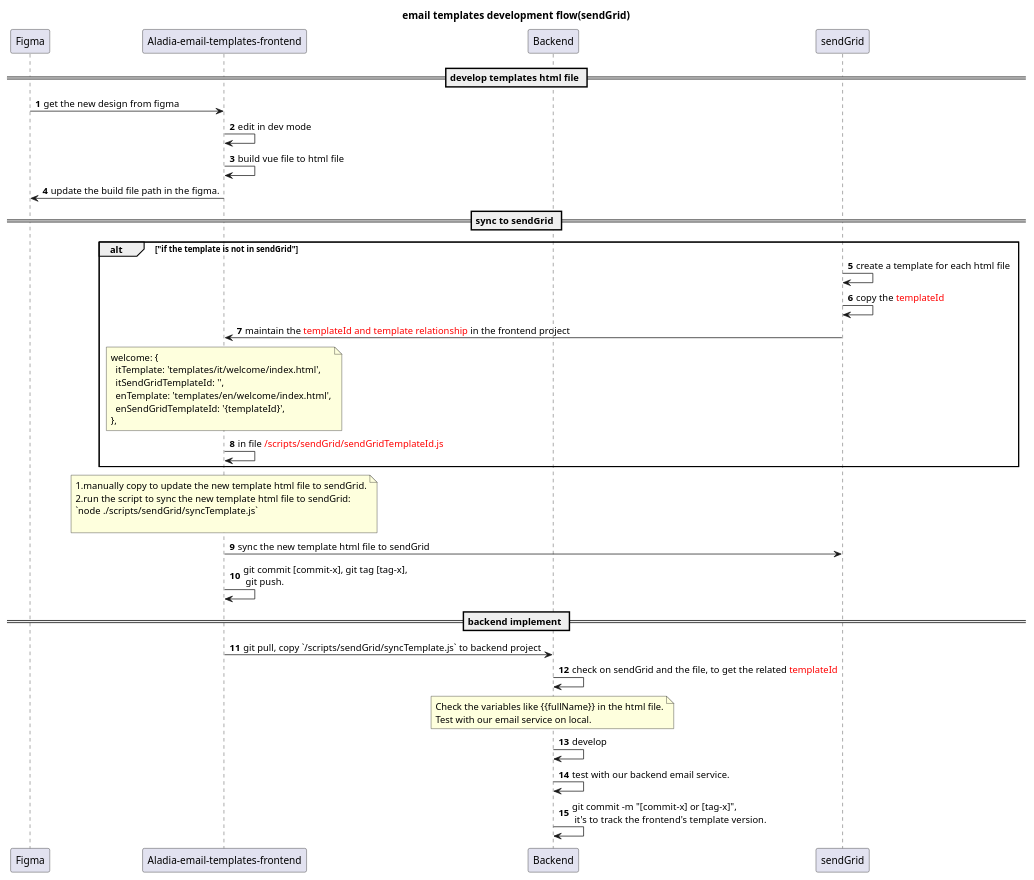
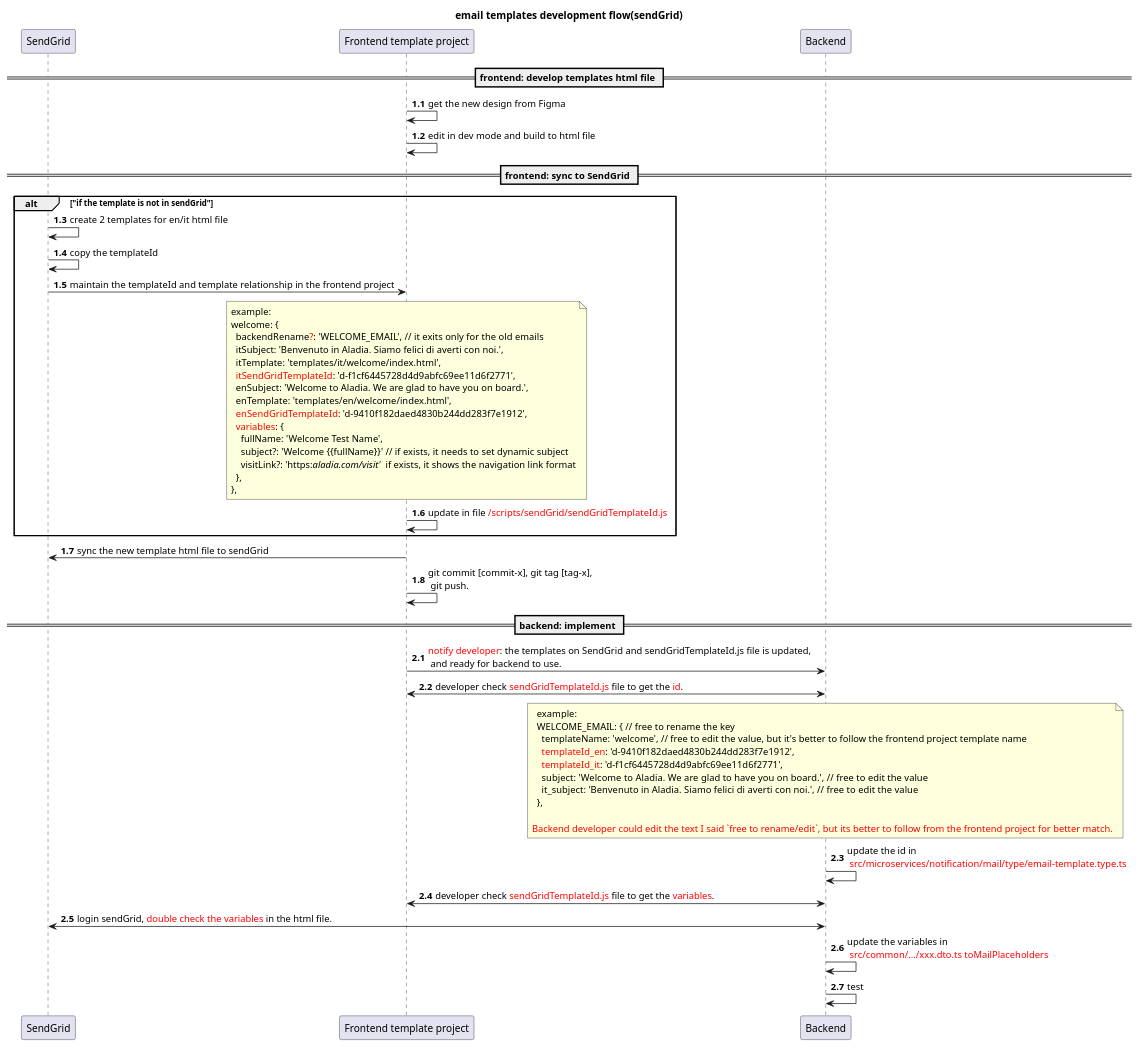
The diagram in src/aladia/aladia-email-templates-new.wsd (chase-si/umlDesigns), drawn with PlantUML before and after one commit. The commit also changed 4 other files, not shown here.

Commit message:
[feat]new template flow;google tag;invitation-link

```diff
--- a/src/aladia/aladia-email-templates-new.wsd
+++ b/src/aladia/aladia-email-templates-new.wsd
@@ -1,54 +1,63 @@
 @startuml
 title "email templates development flow(sendGrid)"
 
-participant "Figma" as Design
-participant "Aladia-email-templates-frontend" as Frontend
+participant SendGrid
+participant "Frontend template project" as Frontend
 participant Backend
 
+autonumber 1.1
+== frontend: develop templates html file ==
+Frontend -> Frontend: get the new design from Figma
+Frontend -> Frontend: edit in dev mode and build to html file
 
-participant sendGrid
-
-autonumber
-== develop templates html file ==
-Frontend <- Design: get the new design from figma
-Frontend -> Frontend: edit in dev mode
-Frontend -> Frontend: build vue file to html file
-Frontend -> Design: update the build file path in the figma.
-
-== sync to sendGrid ==
+== frontend: sync to SendGrid ==
 alt "if the template is not in sendGrid"
-  sendGrid -> sendGrid: create a template for each html file
-  sendGrid -> sendGrid: copy the <color red>templateId</color>
-  sendGrid -> Frontend: maintain the <color red>templateId and template relationship</color> in the frontend project
+  SendGrid -> SendGrid: create 2 templates for en/it html file
+  SendGrid -> SendGrid: copy the templateId
+  SendGrid -> Frontend: maintain the templateId and template relationship in the frontend project
   note over Frontend
+    example:
     welcome: {
+      backendRename<color red>?</color>: 'WELCOME_EMAIL', // it exits only for the old emails
+      itSubject: 'Benvenuto in Aladia. Siamo felici di averti con noi.',
       itTemplate: 'templates/it/welcome/index.html',
-      itSendGridTemplateId: '',
+      <color red>itSendGridTemplateId</color>: 'd-f1cf6445728d4d9abfc69ee11d6f2771',
+      enSubject: 'Welcome to Aladia. We are glad to have you on board.',
       enTemplate: 'templates/en/welcome/index.html',
-      enSendGridTemplateId: '{templateId}',
+      <color red>enSendGridTemplateId</color>: 'd-9410f182daed4830b244dd283f7e1912',
+      <color red>variables</color>: {
+        fullName: 'Welcome Test Name',
+        subject?: 'Welcome {{fullName}}' // if exists, it needs to set dynamic subject
+        visitLink?: 'https://aladia.com/visit' // if exists, it shows the navigation link format
+      },
     },
   end note
-  Frontend -> Frontend: in file <color red>/scripts/sendGrid/sendGridTemplateId.js</color>
+  Frontend -> Frontend: update in file <color red>/scripts/sendGrid/sendGridTemplateId.js</color>
 end
 
-note over Frontend
-  1.manually copy to update the new template html file to sendGrid.
-  2.run the script to sync the new template html file to sendGrid:
-  `node ./scripts/sendGrid/syncTemplate.js`
-
-end note
-Frontend -> sendGrid: sync the new template html file to sendGrid
+Frontend -> SendGrid: sync the new template html file to sendGrid
 Frontend -> Frontend: git commit [commit-x], git tag [tag-x], \n git push.
 
 
-== backend implement ==
-Backend <- Frontend: git pull, copy `/scripts/sendGrid/syncTemplate.js` to backend project
-Backend -> Backend: check on sendGrid and the file, to get the related <color red>templateId</color>
+== backend: implement ==
+autonumber 2.1
+Frontend -> Backend: <color red>notify developer</color>: the templates on SendGrid and sendGridTemplateId.js file is updated, \n and ready for backend to use.
+Backend <-> Frontend: developer check <color red>sendGridTemplateId.js</color> file to get the <color red>id</color>.
 note over Backend
-  Check the variables like {{fullName}} in the html file.
-  Test with our email service on local.
+  example:
+  WELCOME_EMAIL: { // free to rename the key
+    templateName: 'welcome', // free to edit the value, but it's better to follow the frontend project template name
+    <color red>templateId_en</color>: 'd-9410f182daed4830b244dd283f7e1912',
+    <color red>templateId_it</color>: 'd-f1cf6445728d4d9abfc69ee11d6f2771',
+    subject: 'Welcome to Aladia. We are glad to have you on board.',  // free to edit the value
+    it_subject: 'Benvenuto in Aladia. Siamo felici di averti con noi.',  // free to edit the value
+  },
+
+<color red>Backend developer could edit the text I said `free to rename/edit`, but its better to follow from the frontend project for better match.</color>
 end note
-Backend -> Backend: develop
-Backend -> Backend: test with our backend email service.
-Backend -> Backend: git commit -m "[commit-x] or [tag-x]", \n it's to track the frontend's template version.
+Backend -> Backend: update the id in \n <color red>src/microservices/notification/mail/type/email-template.type.ts</color>
+Backend <-> Frontend: developer check <color red>sendGridTemplateId.js</color> file to get the <color red>variables</color>.
+Backend <-> SendGrid: login sendGrid, <color red>double check the variables</color> in the html file.
+Backend -> Backend: update the variables in \n <color red>src/common/.../xxx.dto.ts toMailPlaceholders</color>
+Backend -> Backend: test
 @enduml
```
